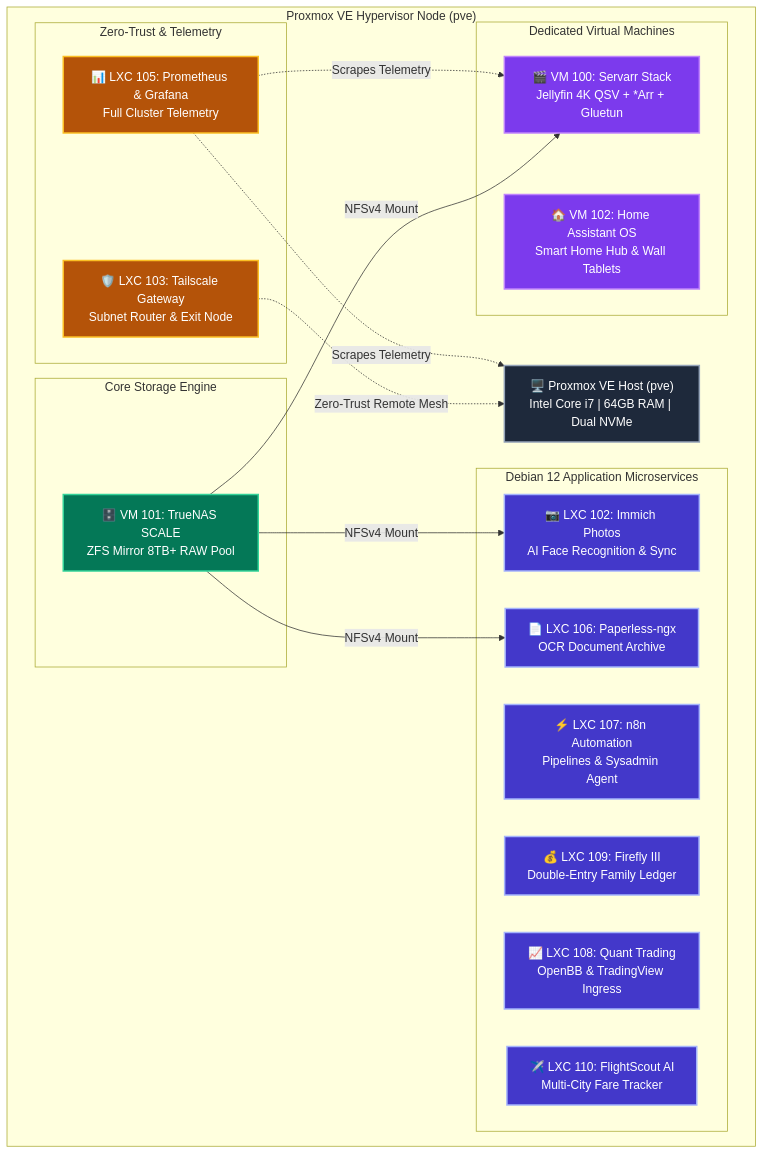
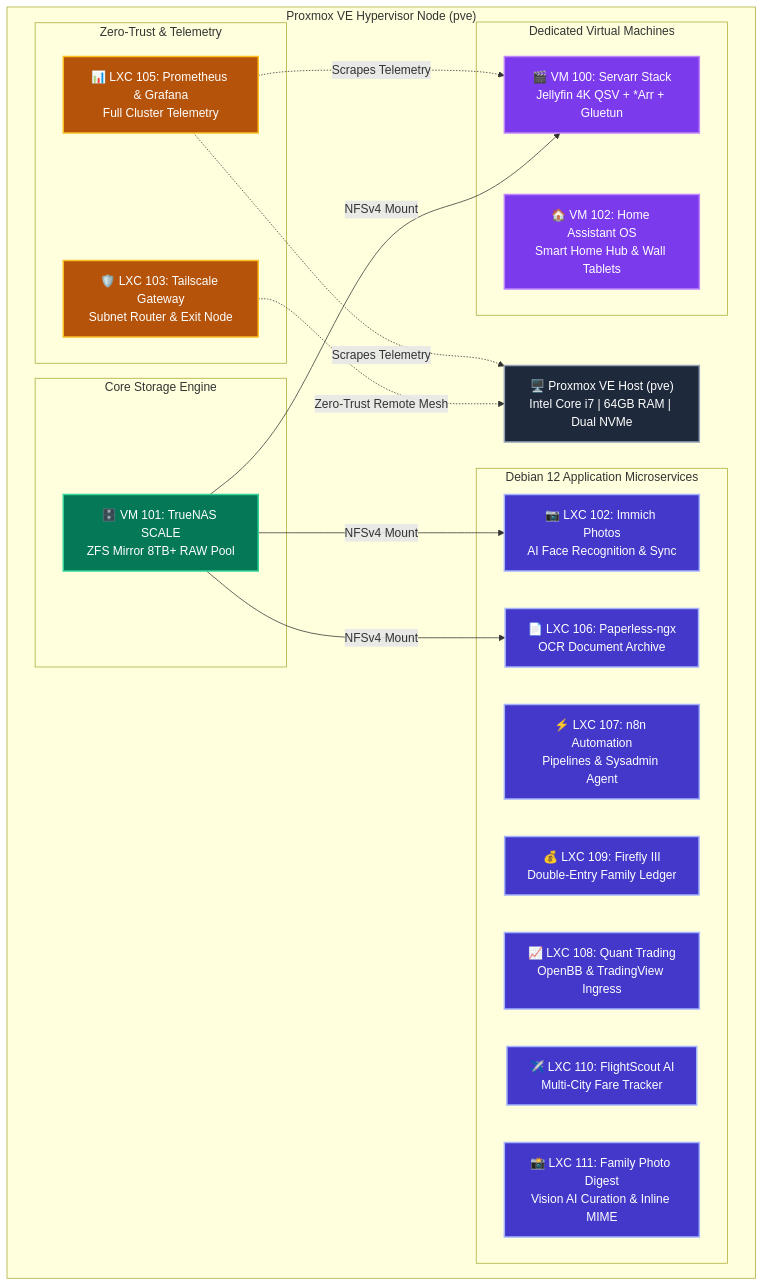
Before and after one commit to nishilshah/homelab-blueprints: the diagram in README.md, drawn with Mermaid. The commit also changed other lines of this file and 1 other file, not shown here.

Commit message:
feat(services): deploy and document Family Photo Digest LXC 111

````diff
--- a/README.md
+++ b/README.md
@@ -26,42 +26,43 @@
 ```mermaid
 flowchart TD
     classDef host fill:#1e293b,stroke:#94a3b8,stroke-width:2px,color:#ffffff;
     classDef storage fill:#047857,stroke:#34d399,stroke-width:2px,color:#ffffff;
     classDef net fill:#b45309,stroke:#fbbf24,stroke-width:2px,color:#ffffff;
     classDef lxc fill:#4338ca,stroke:#a5b4fc,stroke-width:2px,color:#ffffff;
     classDef vm fill:#7c3aed,stroke:#c084fc,stroke-width:2px,color:#ffffff;
 
     subgraph Hypervisor ["Proxmox VE Hypervisor Node (pve)"]
         PVE["🖥️ Proxmox VE Host (pve)<br/>Intel Core i7 | 64GB RAM | Dual NVMe"]:::host
         
         subgraph StorageCore ["Core Storage Engine"]
             TrueNAS["🗄️ VM 101: TrueNAS SCALE<br/>ZFS Mirror 8TB+ RAW Pool"]:::storage
         end
 
         subgraph NetworkAccess ["Zero-Trust & Telemetry"]
             Tailscale["🛡️ LXC 103: Tailscale Gateway<br/>Subnet Router & Exit Node"]:::net
             Monitoring["📊 LXC 105: Prometheus & Grafana<br/>Full Cluster Telemetry"]:::net
         end
 
         subgraph CoreLXCs ["Debian 12 Application Microservices"]
             Immich["📷 LXC 102: Immich Photos<br/>AI Face Recognition & Sync"]:::lxc
             Paperless["📄 LXC 106: Paperless-ngx<br/>OCR Document Archive"]:::lxc
             N8N["⚡ LXC 107: n8n Automation<br/>Pipelines & Sysadmin Agent"]:::lxc
             Firefly["💰 LXC 109: Firefly III<br/>Double-Entry Family Ledger"]:::lxc
             Quant["📈 LXC 108: Quant Trading<br/>OpenBB & TradingView Ingress"]:::lxc
             Flight["✈️ LXC 110: FlightScout AI<br/>Multi-City Fare Tracker"]:::lxc
+            Digest["📸 LXC 111: Family Photo Digest<br/>Vision AI Curation & Inline MIME"]:::lxc
         end
 
         subgraph DedicatedVMs ["Dedicated Virtual Machines"]
             MediaStack["🎬 VM 100: Servarr Stack<br/>Jellyfin 4K QSV + *Arr + Gluetun"]:::vm
             HA["🏠 VM 102: Home Assistant OS<br/>Smart Home Hub & Wall Tablets"]:::vm
         end
     end
 
     TrueNAS -->|NFSv4 Mount| MediaStack
     TrueNAS -->|NFSv4 Mount| Immich
     TrueNAS -->|NFSv4 Mount| Paperless
     Tailscale -.->|Zero-Trust Remote Mesh| PVE
     Monitoring -.->|Scrapes Telemetry| PVE
     Monitoring -.->|Scrapes Telemetry| MediaStack
 ```
````
